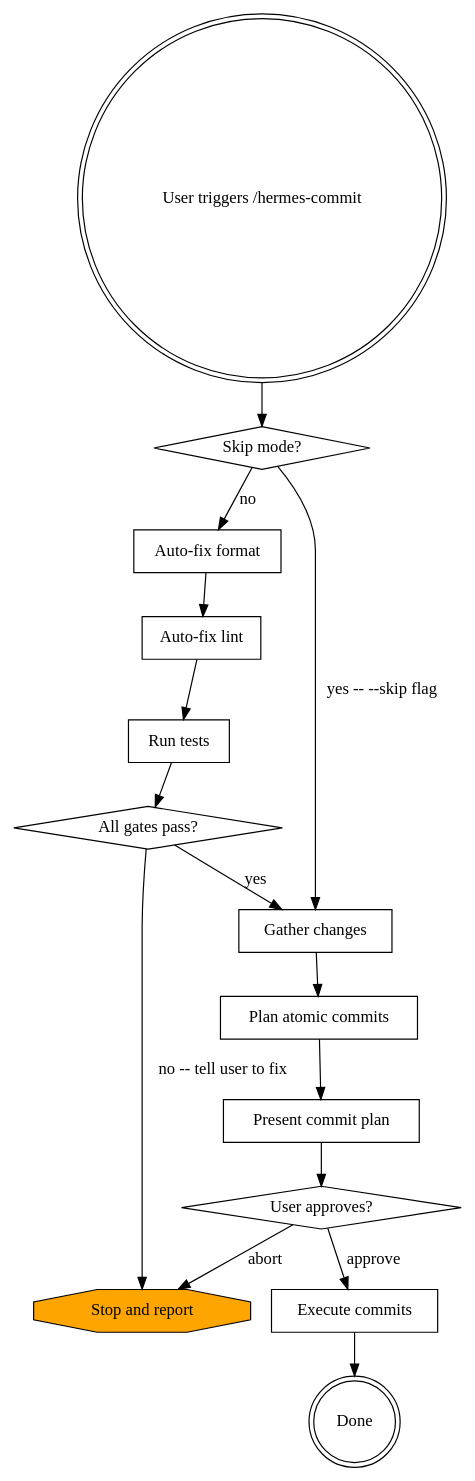
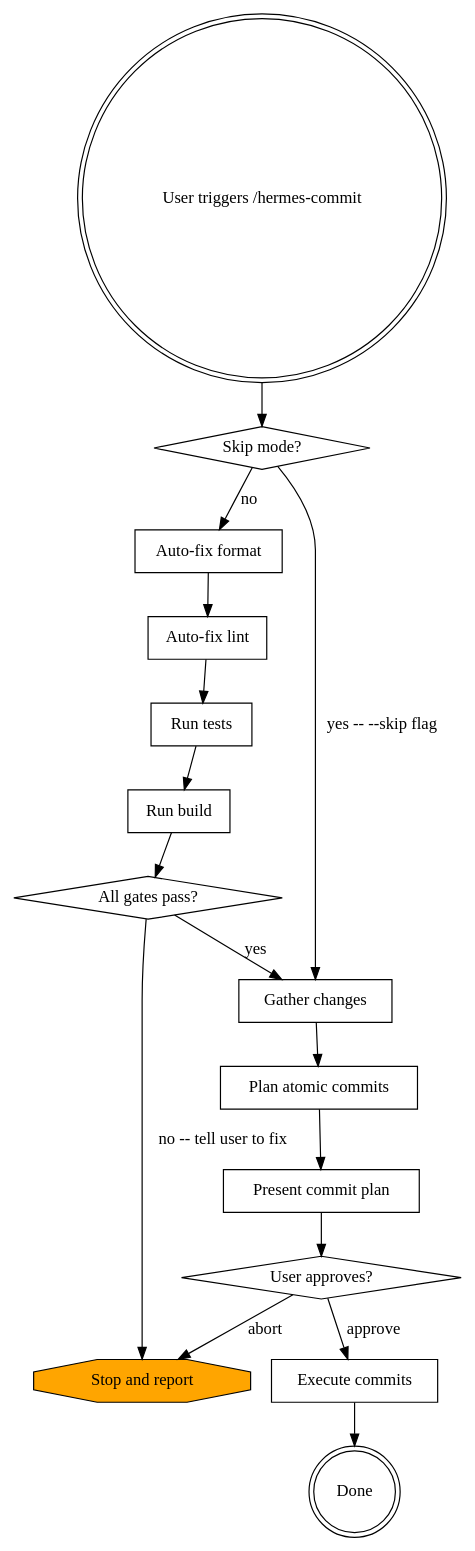
Before and after one commit to pandaworks-software-plt/pandahrms-skills: the diagram in skills/hermes-commit/SKILL.md, drawn with Graphviz. The commit also changed other lines of this file, not shown here.

First line of the commit message:
feat(hermes-commit): add Phase 1D build/type-check gate

````diff
--- a/skills/hermes-commit/SKILL.md
+++ b/skills/hermes-commit/SKILL.md
@@ -36,32 +37,34 @@
 ```dot
 digraph commit {
     "User triggers /hermes-commit" [shape=doublecircle];
     "Skip mode?" [shape=diamond];
     "Auto-fix format" [shape=box];
     "Auto-fix lint" [shape=box];
     "Run tests" [shape=box];
+    "Run build" [shape=box];
     "All gates pass?" [shape=diamond];
     "Stop and report" [shape=octagon, style=filled, fillcolor=orange];
     "Gather changes" [shape=box];
     "Plan atomic commits" [shape=box];
     "Present commit plan" [shape=box];
     "User approves?" [shape=diamond];
     "Execute commits" [shape=box];
     "Done" [shape=doublecircle];
 
     "User triggers /hermes-commit" -> "Skip mode?";
     "Skip mode?" -> "Auto-fix format" [label="no"];
     "Skip mode?" -> "Gather changes" [label="yes -- --skip flag"];
     "Auto-fix format" -> "Auto-fix lint";
     "Auto-fix lint" -> "Run tests";
-    "Run tests" -> "All gates pass?";
+    "Run tests" -> "Run build";
+    "Run build" -> "All gates pass?";
     "All gates pass?" -> "Stop and report" [label="no -- tell user to fix"];
     "All gates pass?" -> "Gather changes" [label="yes"];
     "Gather changes" -> "Plan atomic commits";
     "Plan atomic commits" -> "Present commit plan";
     "Present commit plan" -> "User approves?";
     "User approves?" -> "Execute commits" [label="approve"];
     "User approves?" -> "Stop and report" [label="abort"];
     "Execute commits" -> "Done";
 }
 ```
````
